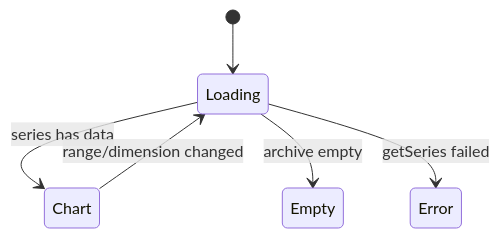
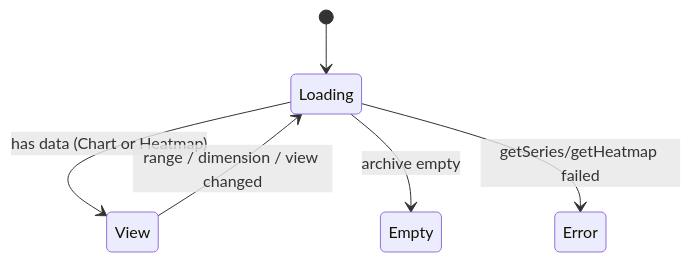
The diagram in docs/features/usage-dashboard.md (tangentlin/burnbar), drawn with Mermaid before and after one commit. The commit also changed other lines of this file and 14 other files, not shown here.

First line of the commit message:
Add calendar heatmap view to the usage dashboard

````diff
--- a/docs/features/usage-dashboard.md
+++ b/docs/features/usage-dashboard.md
@@ -41,8 +50,8 @@
 ```mermaid
 stateDiagram-v2
     [*] --> Loading
-    Loading --> Chart: series has data
+    Loading --> View: has data (Chart or Heatmap)
     Loading --> Empty: archive empty
-    Loading --> Error: getSeries failed
-    Chart --> Loading: range/dimension changed
+    Loading --> Error: getSeries/getHeatmap failed
+    View --> Loading: range / dimension / view changed
 ```
````
